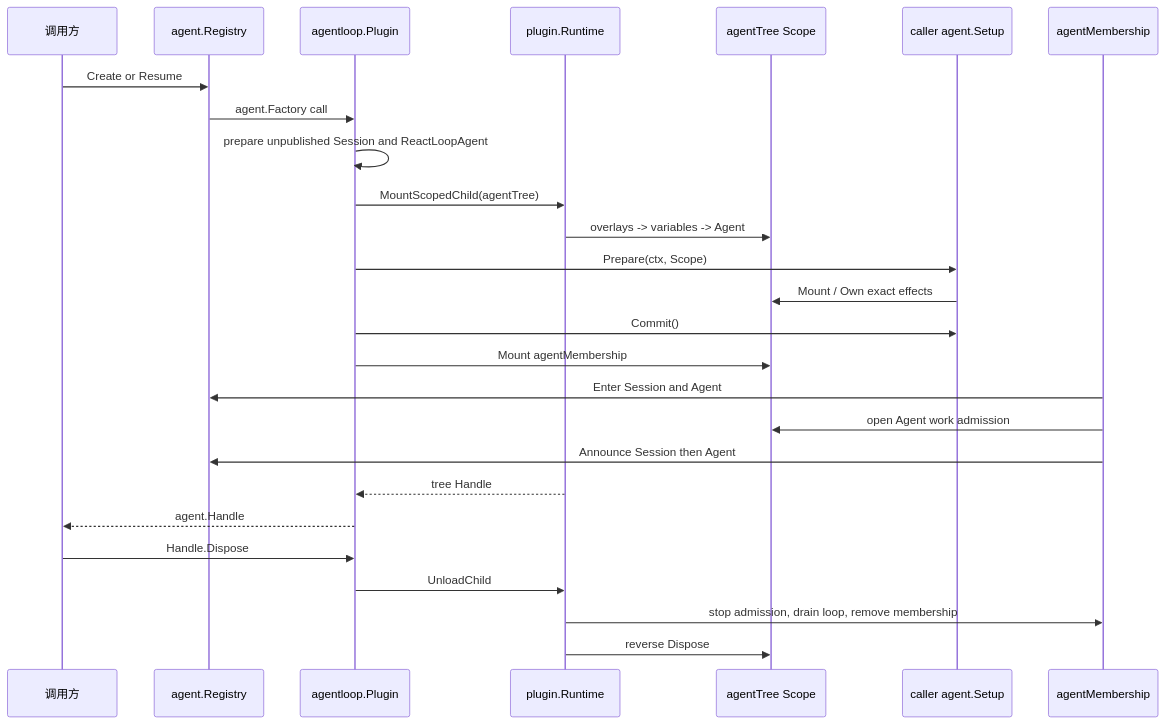
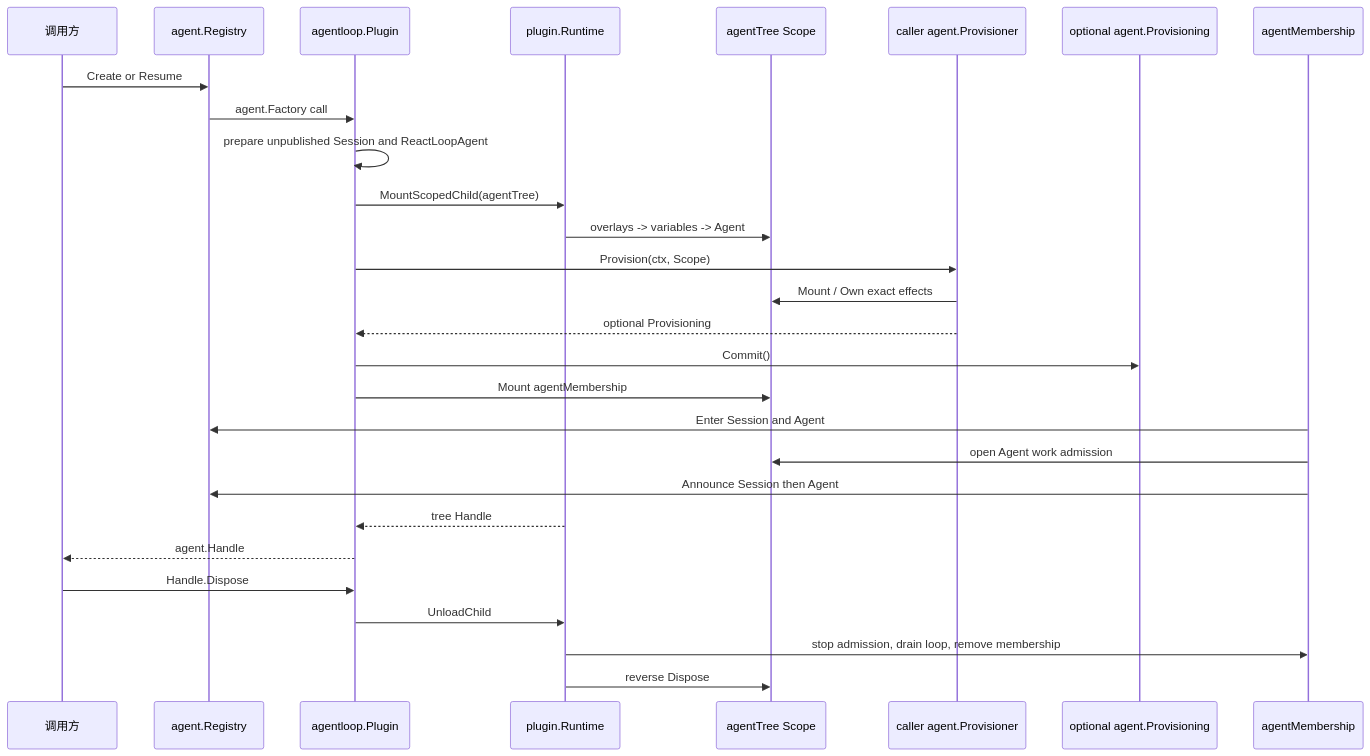
One commit to gorenx/goren changed the second of 2 diagrams in agentloop/README.zh-CN.md. Above: the diagram before and after it, drawn with Mermaid. The commit also changed other lines of this file and 17 other files, not shown here.

````diff
--- a/agentloop/README.zh-CN.md
+++ b/agentloop/README.zh-CN.md
@@ -55,29 +56,31 @@
 ```mermaid
 sequenceDiagram
     participant Caller as 调用方
     participant Registry as agent.Registry
     participant Root as agentloop.Plugin
     participant Runtime as plugin.Runtime
     participant Scope as agentTree Scope
-    participant Setup as caller agent.Setup
+    participant Provisioner as caller agent.Provisioner
+    participant Provisioning as optional agent.Provisioning
     participant Membership as agentMembership
 
     Caller->>Registry: Create or Resume
     Registry->>Root: agent.Factory call
     Root->>Root: prepare unpublished Session and ReactLoopAgent
     Root->>Runtime: MountScopedChild(agentTree)
     Runtime->>Scope: overlays -> variables -> Agent
-    Root->>Setup: Prepare(ctx, Scope)
-    Setup->>Scope: Mount / Own exact effects
-    Root->>Setup: Commit()
+    Root->>Provisioner: Provision(ctx, Scope)
+    Provisioner->>Scope: Mount / Own exact effects
+    Provisioner-->>Root: optional Provisioning
+    Root->>Provisioning: Commit()
     Root->>Scope: Mount agentMembership
     Membership->>Registry: Enter Session and Agent
     Membership->>Scope: open Agent work admission
     Membership->>Registry: Announce Session then Agent
     Runtime-->>Root: tree Handle
     Root-->>Caller: agent.Handle
     Caller->>Root: Handle.Dispose
     Root->>Runtime: UnloadChild
     Runtime->>Membership: stop admission, drain loop, remove membership
     Runtime->>Scope: reverse Dispose
 ```
````
